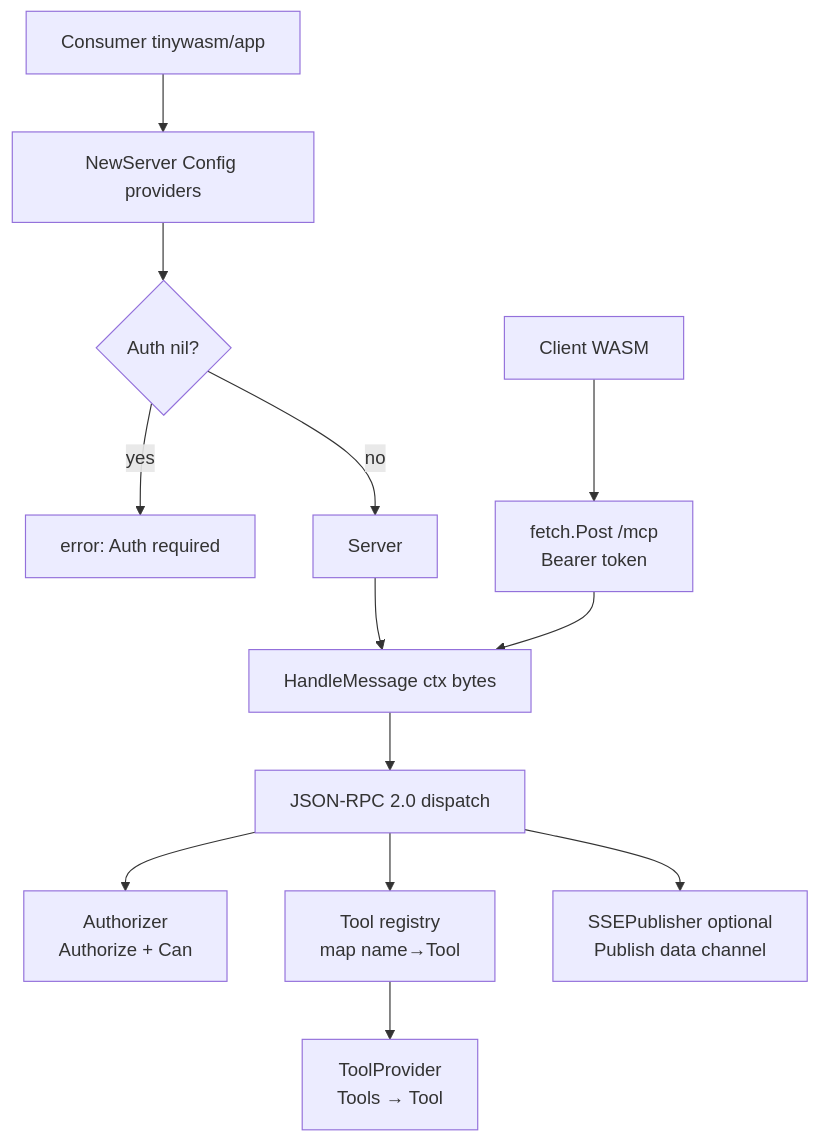
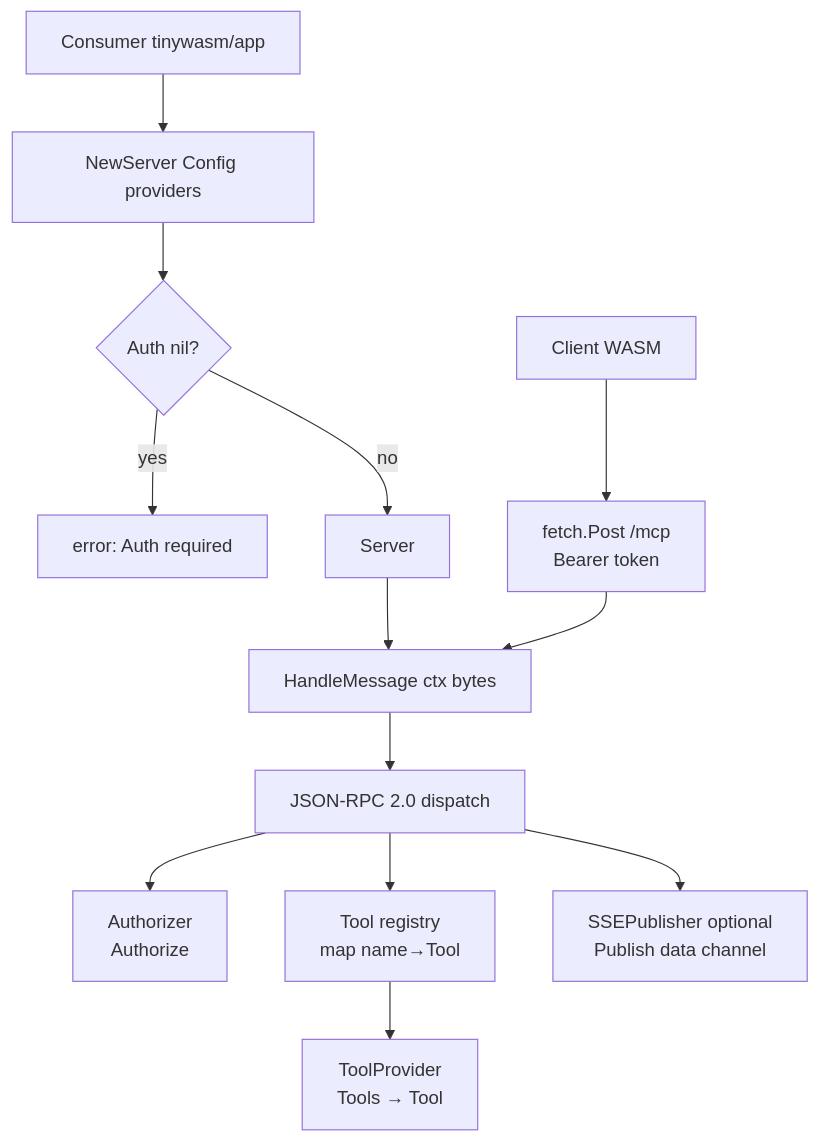
Before and after one commit to tinywasm/mcp: the diagram in docs/diagrams/architecture.md, drawn with Mermaid. The commit also changed 18 other files, not shown here.

````diff
--- a/docs/diagrams/architecture.md
+++ b/docs/diagrams/architecture.md
@@ -3,15 +3,15 @@
 ```mermaid
 flowchart TD
     A[Consumer tinywasm/app] --> B[NewServer Config providers]
     B --> C{Auth nil?}
     C -->|yes| D[error: Auth required]
     C -->|no| E[Server]
     E --> F[HandleMessage ctx bytes]
     F --> G[JSON-RPC 2.0 dispatch]
-    G --> H[Authorizer<br/>Authorize + Can]
+    G --> H[Authorizer<br/>Authorize]
     G --> I[Tool registry<br/>map name→Tool]
     G --> J[SSEPublisher optional<br/>Publish data channel]
     I --> K[ToolProvider<br/>Tools → Tool]
     L[Client WASM] --> M[fetch.Post /mcp<br/>Bearer token]
     M --> F
 ```
````
